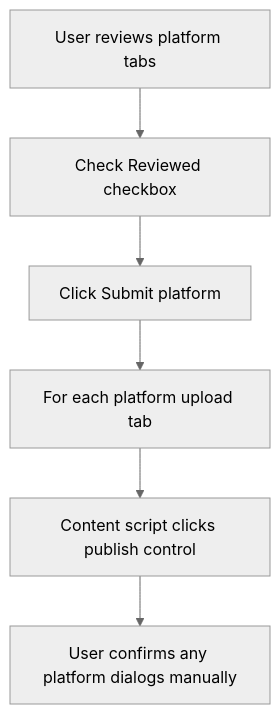
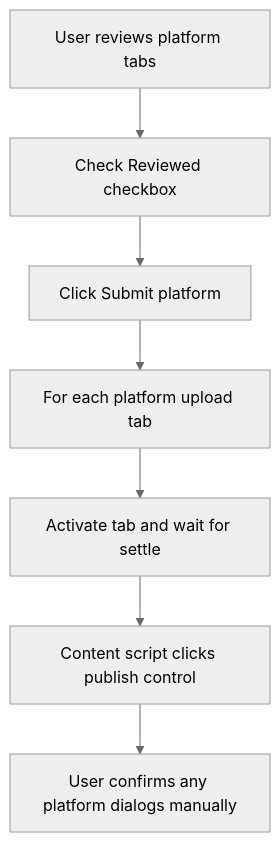
One commit to streamwhite/yanxu changed the diagram in features-logs/2026-06-13-platform-auto-submit.md. Above: the diagram before and after it, drawn with Mermaid (neutral theme). The commit also changed other lines of this file and 9 other files, not shown here.

````diff
--- a/features-logs/2026-06-13-platform-auto-submit.md
+++ b/features-logs/2026-06-13-platform-auto-submit.md
@@ -20,8 +20,9 @@
 ```mermaid
 flowchart TD
   Review[User reviews platform tabs] --> Check[Check Reviewed checkbox]
   Check --> Submit[Click Submit platform]
   Submit --> Tabs[For each platform upload tab]
-  Tabs --> Click[Content script clicks publish control]
+  Tabs --> Activate[Activate tab and wait for settle]
+  Activate --> Click[Content script clicks publish control]
   Click --> Dialog[User confirms any platform dialogs manually]
 ```
````
